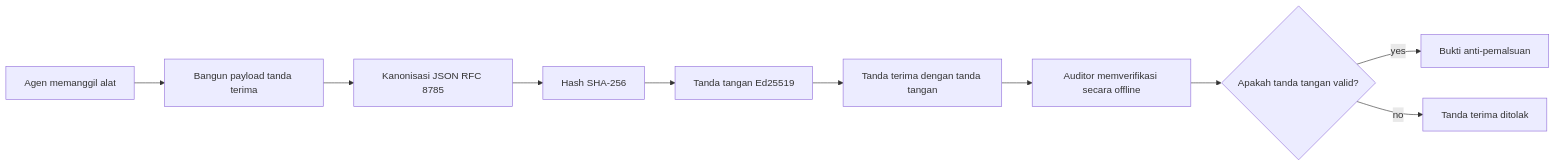
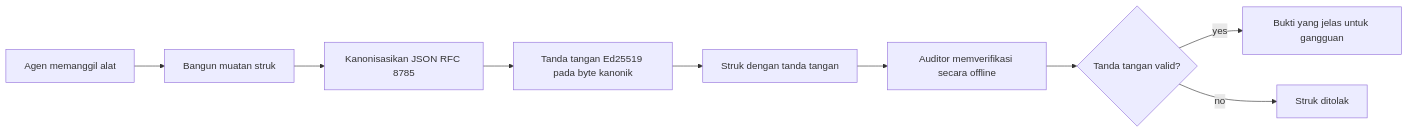
One commit to microsoft/ai-agents-for-beginners changed the first of 2 diagrams in translations/id/18-securing-ai-agents/README.md. Above: the diagram before and after it, drawn with Mermaid. The commit also changed other lines of this file and 46 other files, not shown here.

````diff
--- a/translations/id/18-securing-ai-agents/README.md
+++ b/translations/id/18-securing-ai-agents/README.md
@@ -51,12 +51,11 @@
 ```mermaid
 flowchart LR
-    A[Agen memanggil alat] --> B[Bangun payload tanda terima]
-    B --> C[Kanonisasi JSON RFC 8785]
-    C --> D[Hash SHA-256]
-    D --> E[Tanda tangan Ed25519]
-    E --> F[Tanda terima dengan tanda tangan]
+    A[Agen memanggil alat] --> B[Bangun muatan struk]
+    B --> C[Kanonisasikan JSON RFC 8785]
+    C --> E[Tanda tangan Ed25519 pada byte kanonik]
+    E --> F[Struk dengan tanda tangan]
     F --> G[Auditor memverifikasi secara offline]
-    G --> H{Apakah tanda tangan valid?}
-    H -- yes --> I[Bukti anti-pemalsuan]
-    H -- no --> J[Tanda terima ditolak]
+    G --> H{Tanda tangan valid?}
+    H -- yes --> I[Bukti yang jelas untuk gangguan]
+    H -- no --> J[Struk ditolak]
 ```
````
